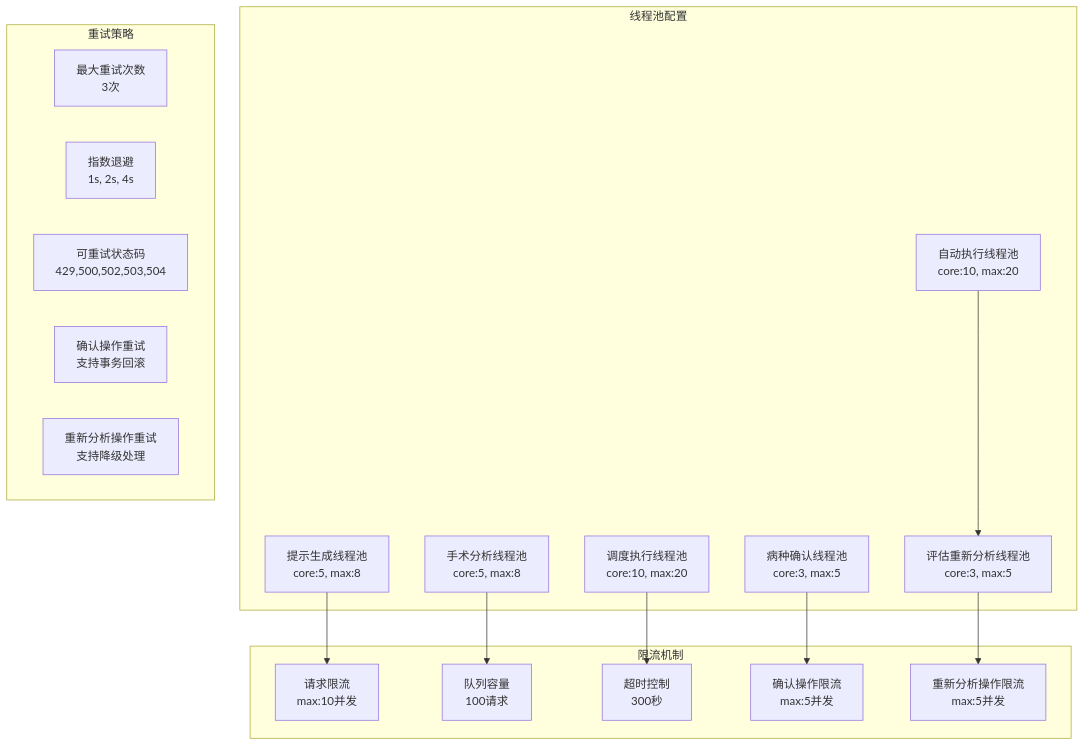
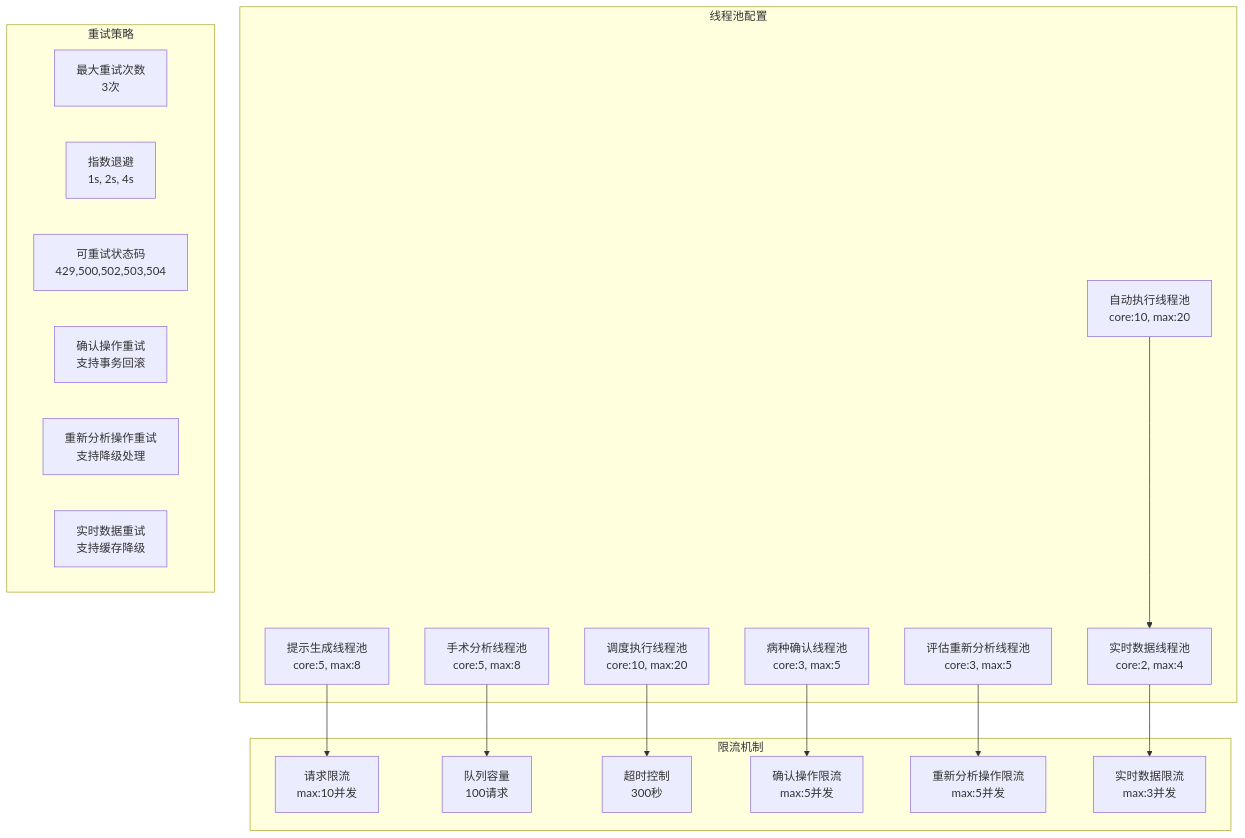
Before and after one commit to liuzh2008/med_ai_assistant_workspace: diagram 17 of 17 in .qoder/repowiki/zh/content/核心功能模块/质量控制系统.md, drawn with Mermaid. The commit also changed other lines of this file and 4 other files, not shown here.

````diff
--- a/.qoder/repowiki/zh/content/核心功能模块/质量控制系统.md
+++ b/.qoder/repowiki/zh/content/核心功能模块/质量控制系统.md
@@ -729,31 +870,35 @@
 ```mermaid
 graph TB
 subgraph "线程池配置"
 A[自动执行线程池<br/>core:10, max:20]
 B[提示生成线程池<br/>core:5, max:8]
 C[手术分析线程池<br/>core:5, max:8]
 D[调度执行线程池<br/>core:10, max:20]
 E[病种确认线程池<br/>core:3, max:5]
 F[评估重新分析线程池<br/>core:3, max:5]
+G[实时数据线程池<br/>core:2, max:4]
 end
 subgraph "限流机制"
-G[请求限流<br/>max:10并发]
-H[队列容量<br/>100请求]
-I[超时控制<br/>300秒]
-J[确认操作限流<br/>max:5并发]
-K[重新分析操作限流<br/>max:5并发]
+H[请求限流<br/>max:10并发]
+I[队列容量<br/>100请求]
+J[超时控制<br/>300秒]
+K[确认操作限流<br/>max:5并发]
+L[重新分析操作限流<br/>max:5并发]
+M[实时数据限流<br/>max:3并发]
 end
 subgraph "重试策略"
-L[最大重试次数<br/>3次]
-M[指数退避<br/>1s, 2s, 4s]
-N[可重试状态码<br/>429,500,502,503,504]
-O[确认操作重试<br/>支持事务回滚]
-P[重新分析操作重试<br/>支持降级处理]
+N[最大重试次数<br/>3次]
+O[指数退避<br/>1s, 2s, 4s]
+P[可重试状态码<br/>429,500,502,503,504]
+Q[确认操作重试<br/>支持事务回滚]
+R[重新分析操作重试<br/>支持降级处理]
+S[实时数据重试<br/>支持缓存降级]
 end
-A --> F
-B --> G
-C --> H
-D --> I
-E --> J
-F --> K
+A --> G
+B --> H
+C --> I
+D --> J
+E --> K
+F --> L
+G --> M
 ```
````
